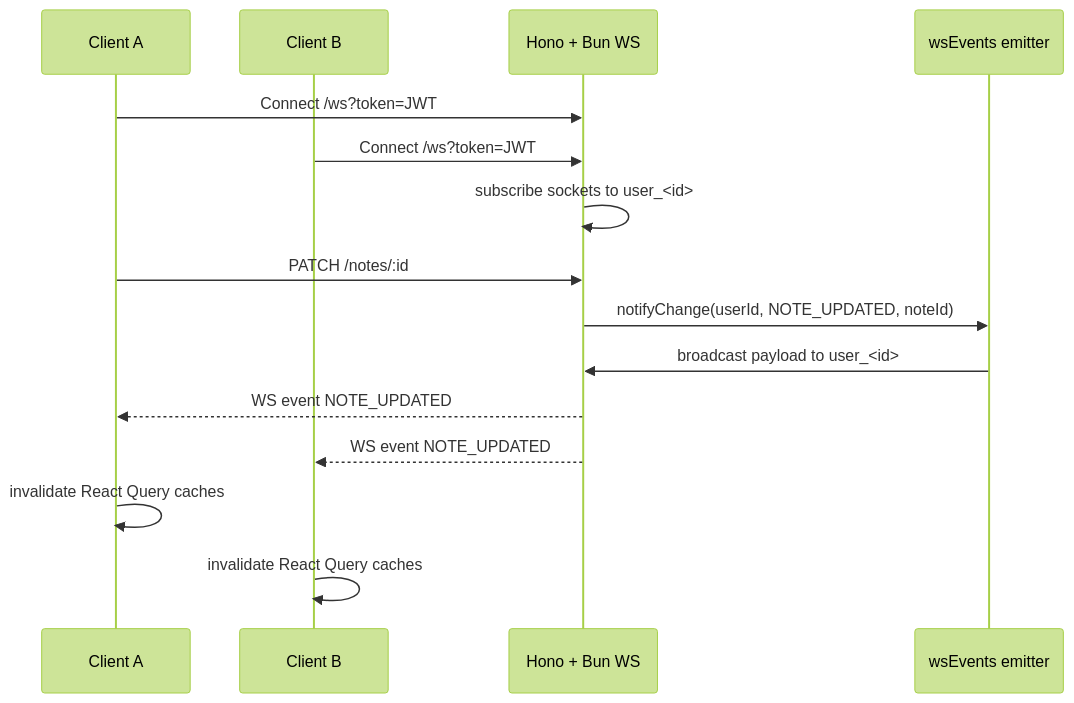
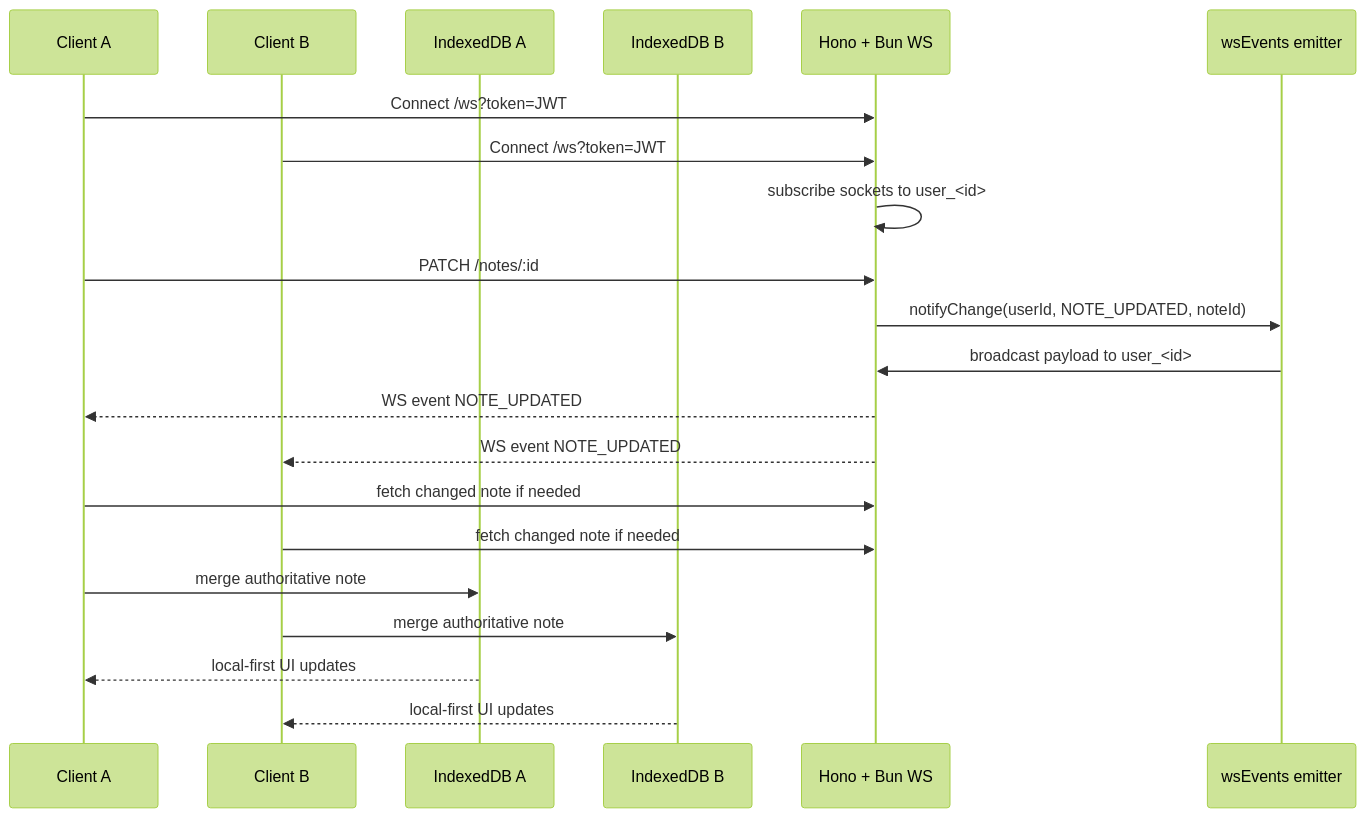
One commit to duongdk099/cluster-offline changed the sixth of 10 diagrams in architecture.md. Above: the diagram before and after it, drawn with Mermaid (forest theme). The commit also changed other lines of this file and 22 other files, not shown here.

First line of the commit message:
feat: implement local-first note management with IndexedDB

````diff
--- a/architecture.md
+++ b/architecture.md
@@ -106,20 +117,26 @@
 ```mermaid
 sequenceDiagram
     participant FE1 as Client A
     participant FE2 as Client B
+    participant IDB1 as IndexedDB A
+    participant IDB2 as IndexedDB B
     participant API as Hono + Bun WS
     participant Bus as wsEvents emitter
 
     FE1->>API: Connect /ws?token=JWT
     FE2->>API: Connect /ws?token=JWT
     API->>API: subscribe sockets to user_<id>
 
     FE1->>API: PATCH /notes/:id
     API->>Bus: notifyChange(userId, NOTE_UPDATED, noteId)
     Bus->>API: broadcast payload to user_<id>
     API-->>FE1: WS event NOTE_UPDATED
     API-->>FE2: WS event NOTE_UPDATED
 
-    FE1->>FE1: invalidate React Query caches
-    FE2->>FE2: invalidate React Query caches
+    FE1->>API: fetch changed note if needed
+    FE2->>API: fetch changed note if needed
+    FE1->>IDB1: merge authoritative note
+    FE2->>IDB2: merge authoritative note
+    IDB1-->>FE1: local-first UI updates
+    IDB2-->>FE2: local-first UI updates
 ```
````
